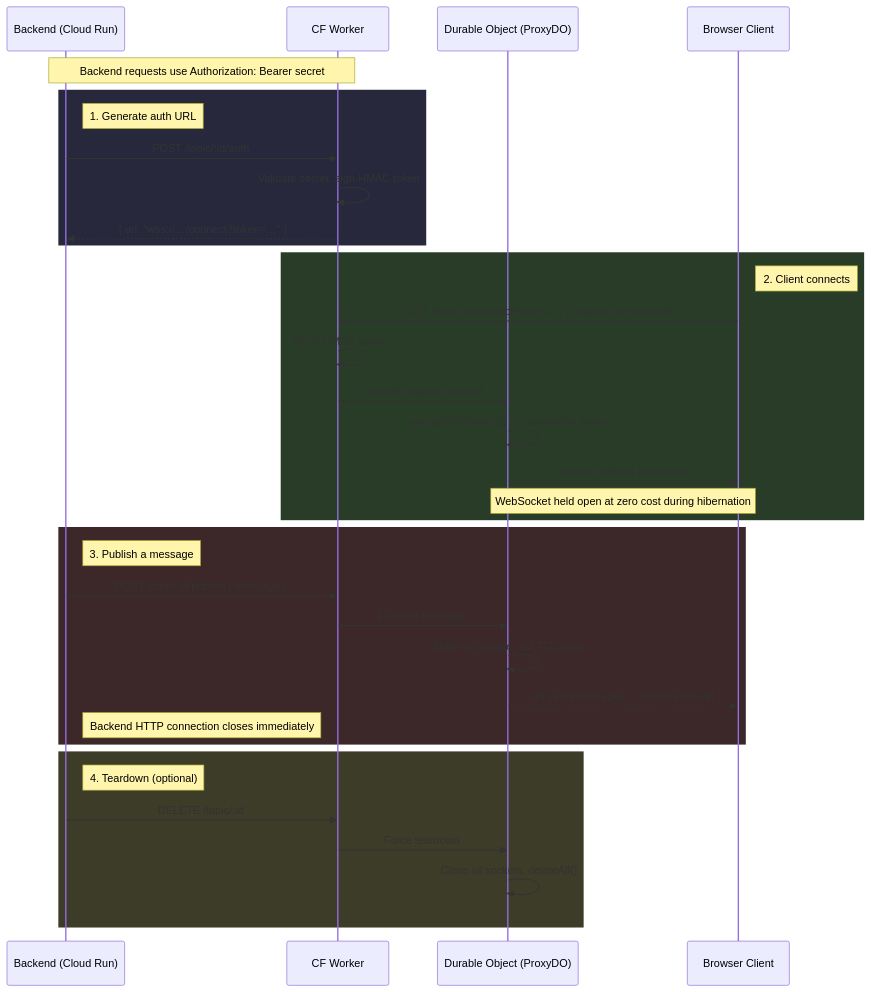
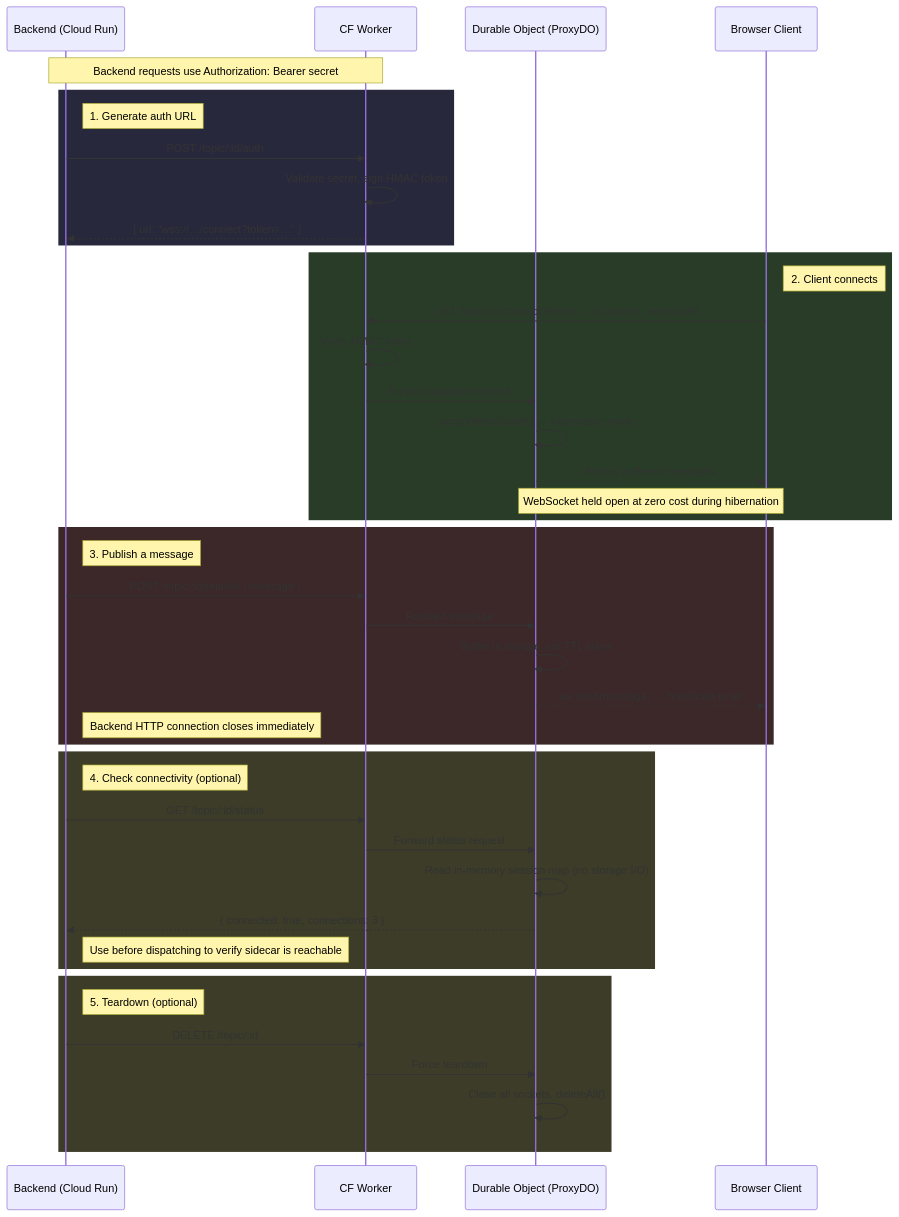
The first of 3 diagrams in ARCHITECTURE.md (buoyant-systems/cloudflare-ws-proxy), drawn with Mermaid before and after one commit. The commit also changed other lines of this file and 4 other files, not shown here.

Commit message:
add a connected status endpoint

````diff
--- a/ARCHITECTURE.md
+++ b/ARCHITECTURE.md
@@ -7,42 +7,51 @@
 ```mermaid
 sequenceDiagram
     participant Backend as Backend (Cloud Run)
     participant Worker as CF Worker
     participant DO as Durable Object (ProxyDO)
     participant Client as Browser Client
 
     note over Backend,Worker: Backend requests use Authorization: Bearer secret
 
     rect rgb(40, 40, 60)
     note right of Backend: 1. Generate auth URL
     Backend->>Worker: POST /topic/:id/auth
     Worker->>Worker: Validate secret, sign HMAC token
     Worker-->>Backend: { url: "wss://…/connect?token=…" }
     end
 
     rect rgb(40, 60, 40)
     note right of Client: 2. Client connects
     Client->>Worker: GET /topic/:id/connect?token=… (Upgrade: websocket)
     Worker->>Worker: Verify HMAC token
     Worker->>DO: Forward upgrade request
     DO->>DO: acceptWebSocket() → hibernation mode
     DO-->>Client: Replay buffered messages
     note over DO,Client: WebSocket held open at zero cost during hibernation
     end
 
     rect rgb(60, 40, 40)
     note right of Backend: 3. Publish a message
     Backend->>Worker: POST /topic/:id/publish { message }
     Worker->>DO: Forward message
     DO->>DO: Buffer in storage, set TTL alarm
     DO-->>Client: ws.send(message) → broadcast to all
     note right of Backend: Backend HTTP connection closes immediately
     end
 
     rect rgb(60, 60, 40)
-    note right of Backend: 4. Teardown (optional)
+    note right of Backend: 4. Check connectivity (optional)
+    Backend->>Worker: GET /topic/:id/status
+    Worker->>DO: Forward status request
+    DO->>DO: Read in-memory session map (no storage I/O)
+    DO-->>Backend: { connected: true, connections: 3 }
+    note right of Backend: Use before dispatching to verify sidecar is reachable
+    end
+
+    rect rgb(60, 60, 40)
+    note right of Backend: 5. Teardown (optional)
     Backend->>Worker: DELETE /topic/:id
     Worker->>DO: Force teardown
     DO->>DO: Close all sockets, deleteAll()
     end
 ```
````
